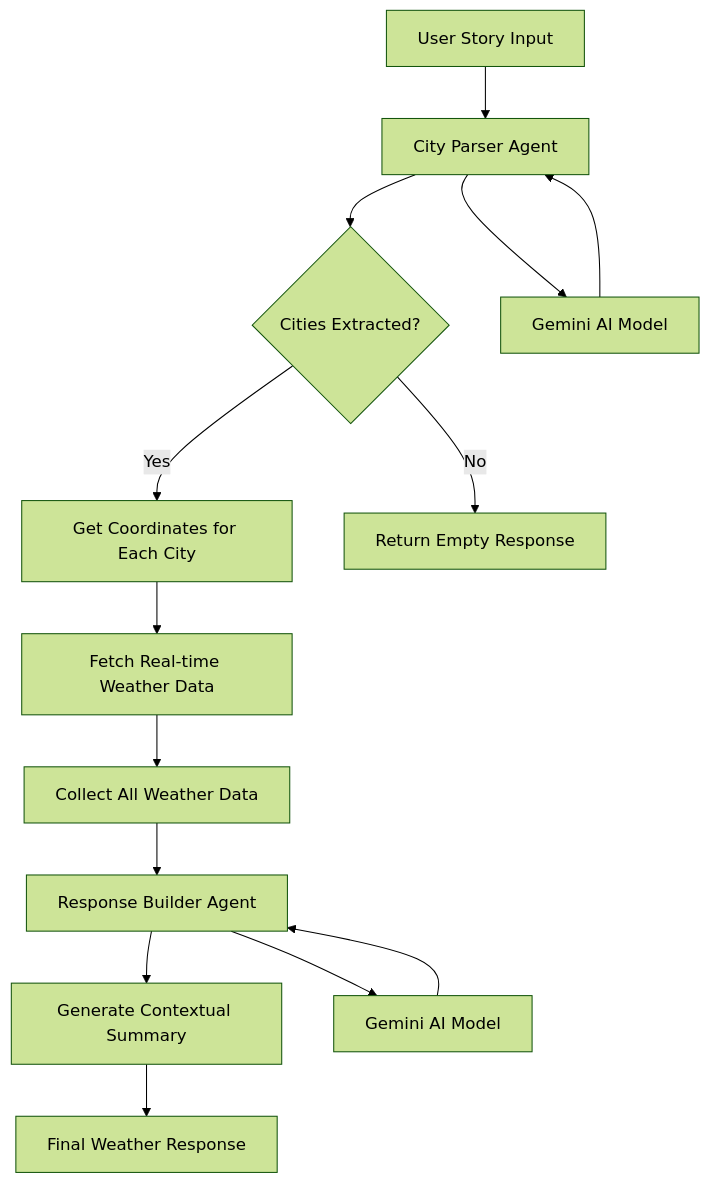
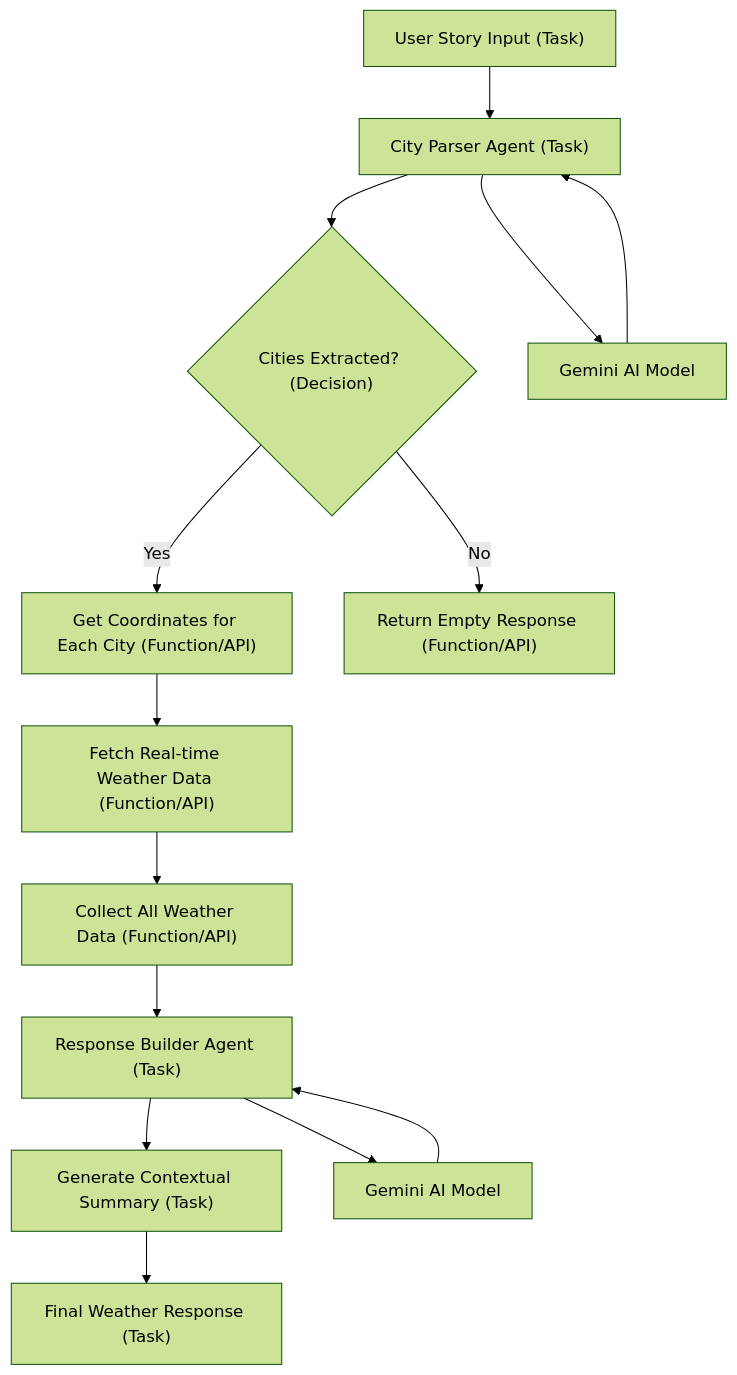
One commit to irohanrajput/scribbling changed the diagram in agents/realtime_weather_agent/README.md. Above: the diagram before and after it, drawn with Mermaid (forest theme).

Commit message:
Revise flow diagram in README for clarity
Updated flow diagram to include task and function/API call annotations.

````diff
--- a/agents/realtime_weather_agent/README.md
+++ b/agents/realtime_weather_agent/README.md
@@ -27,17 +27,24 @@
 ```mermaid
-graph TD
-    A[User Story Input] --> B[City Parser Agent]
-    B --> C{Cities Extracted?}
-    C -->|Yes| D[Get Coordinates for Each City]
-    C -->|No| E[Return Empty Response]
-    D --> F[Fetch Real-time Weather Data]
-    F --> G[Collect All Weather Data]
-    G --> H[Response Builder Agent]
-    H --> I[Generate Contextual Summary]
-    I --> J[Final Weather Response]
+flowchart TD
+    %% === Tasks (AI/Agent) ===
+    A["User Story Input (Task)"] --> B["City Parser Agent (Task)"]
+    H["Response Builder Agent (Task)"] --> I["Generate Contextual Summary (Task)"]
 
-    B --> K[Gemini AI Model]
+    %% === Function/API Calls ===
+    B --> C{"Cities Extracted? (Decision)"}
+    C -- Yes --> D["Get Coordinates for Each City (Function/API)"]
+    D --> F["Fetch Real-time Weather Data (Function/API)"]
+    F --> G["Collect All Weather Data (Function/API)"]
+    G --> H
+    C -- No --> E["Return Empty Response (Function/API)"]
+
+    %% === AI Models ===
+    B --> K["Gemini AI Model"]
     K --> B
-    H --> L[Gemini AI Model]
+    H --> L["Gemini AI Model"]
     L --> H
+
+    %% === Final Output ===
+    I --> J["Final Weather Response (Task)"]
+
 ```
````
